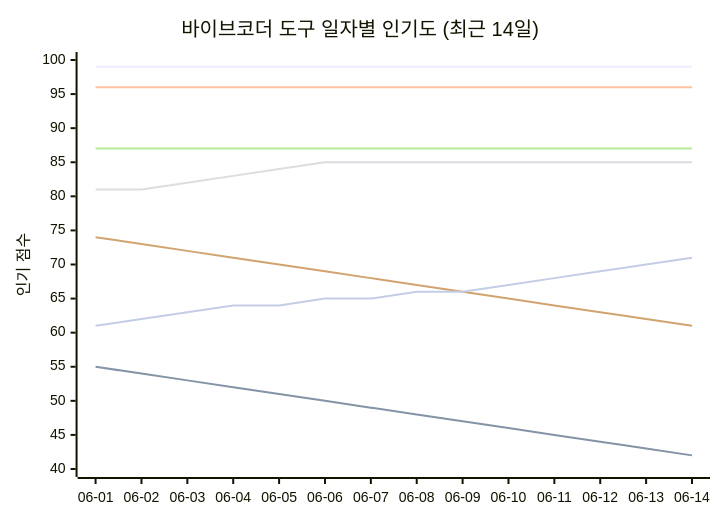
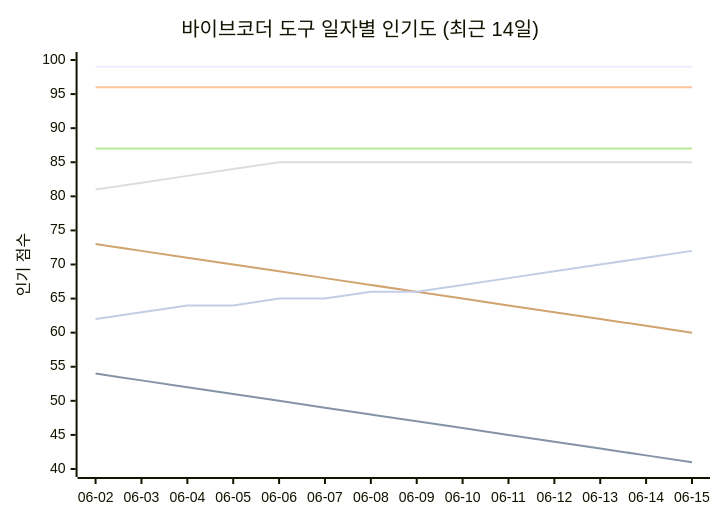
The seventh of 11 diagrams in README_ko.md (tykimos/ai-whatchelin), drawn with Mermaid before and after one commit. The commit also changed other lines of this file and 4 other files, not shown here.

````diff
--- a/README_ko.md
+++ b/README_ko.md
@@ -1551,13 +1562,13 @@
 ```mermaid
 xychart-beta
     title "바이브코더 도구 일자별 인기도 (최근 14일)"
-    x-axis ["06-01", "06-02", "06-03", "06-04", "06-05", "06-06", "06-07", "06-08", "06-09", "06-10", "06-11", "06-12", "06-13", "06-14"]
+    x-axis ["06-02", "06-03", "06-04", "06-05", "06-06", "06-07", "06-08", "06-09", "06-10", "06-11", "06-12", "06-13", "06-14", "06-15"]
     y-axis "인기 점수" 40 --> 100
     line "Claude Code" [99, 99, 99, 99, 99, 99, 99, 99, 99, 99, 99, 99, 99, 99]
-    line "GH Copilot" [55, 54, 53, 52, 51, 50, 49, 48, 47, 46, 45, 44, 43, 42]
+    line "GH Copilot" [54, 53, 52, 51, 50, 49, 48, 47, 46, 45, 44, 43, 42, 41]
     line "Cursor" [96, 96, 96, 96, 96, 96, 96, 96, 96, 96, 96, 96, 96, 96]
-    line "Windsurf" [81, 81, 82, 83, 84, 85, 85, 85, 85, 85, 85, 85, 85, 85]
+    line "Windsurf" [81, 82, 83, 84, 85, 85, 85, 85, 85, 85, 85, 85, 85, 85]
     line "Codex CLI" [87, 87, 87, 87, 87, 87, 87, 87, 87, 87, 87, 87, 87, 87]
-    line "Gemini CLI" [74, 73, 72, 71, 70, 69, 68, 67, 66, 65, 64, 63, 62, 61]
-    line "Antigravity" [61, 62, 63, 64, 64, 65, 65, 66, 66, 67, 68, 69, 70, 71]
+    line "Gemini CLI" [73, 72, 71, 70, 69, 68, 67, 66, 65, 64, 63, 62, 61, 60]
+    line "Antigravity" [62, 63, 64, 64, 65, 65, 66, 66, 67, 68, 69, 70, 71, 72]
 ```
````
